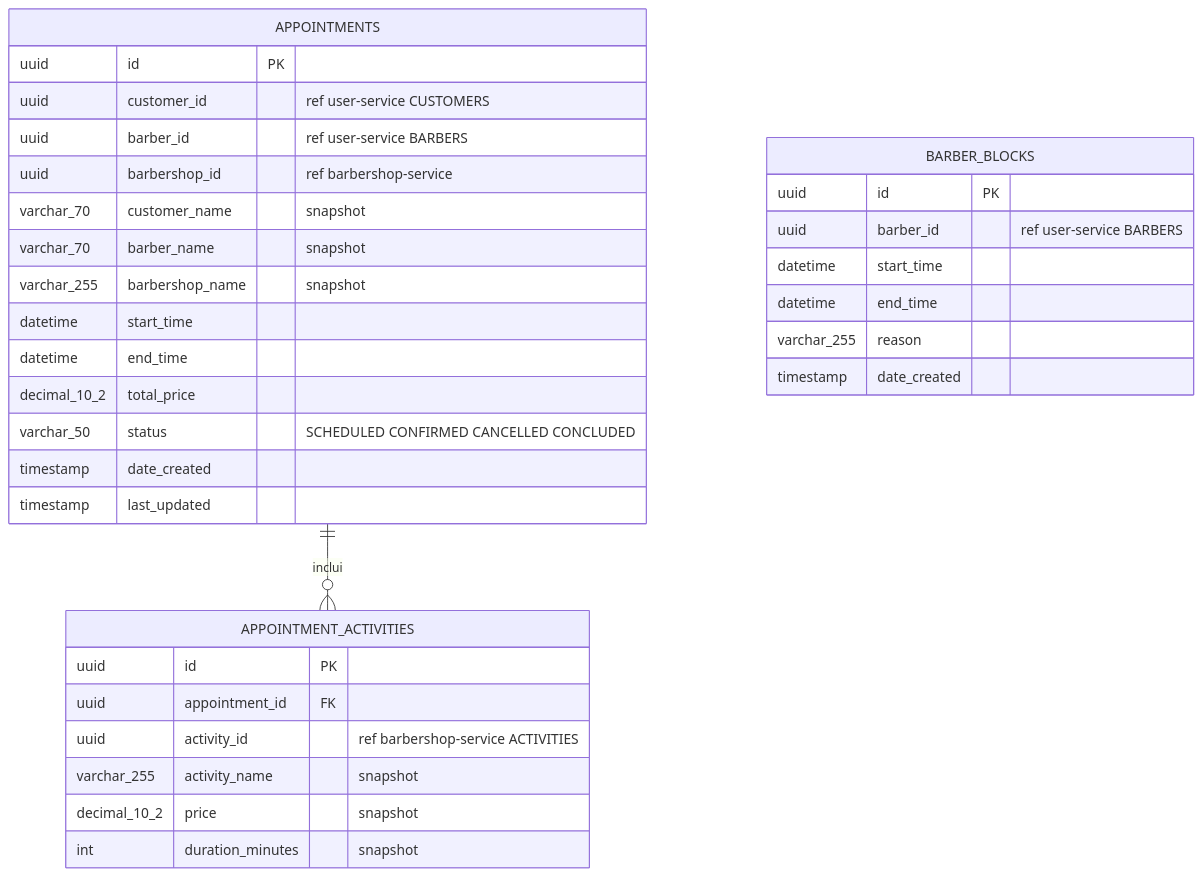
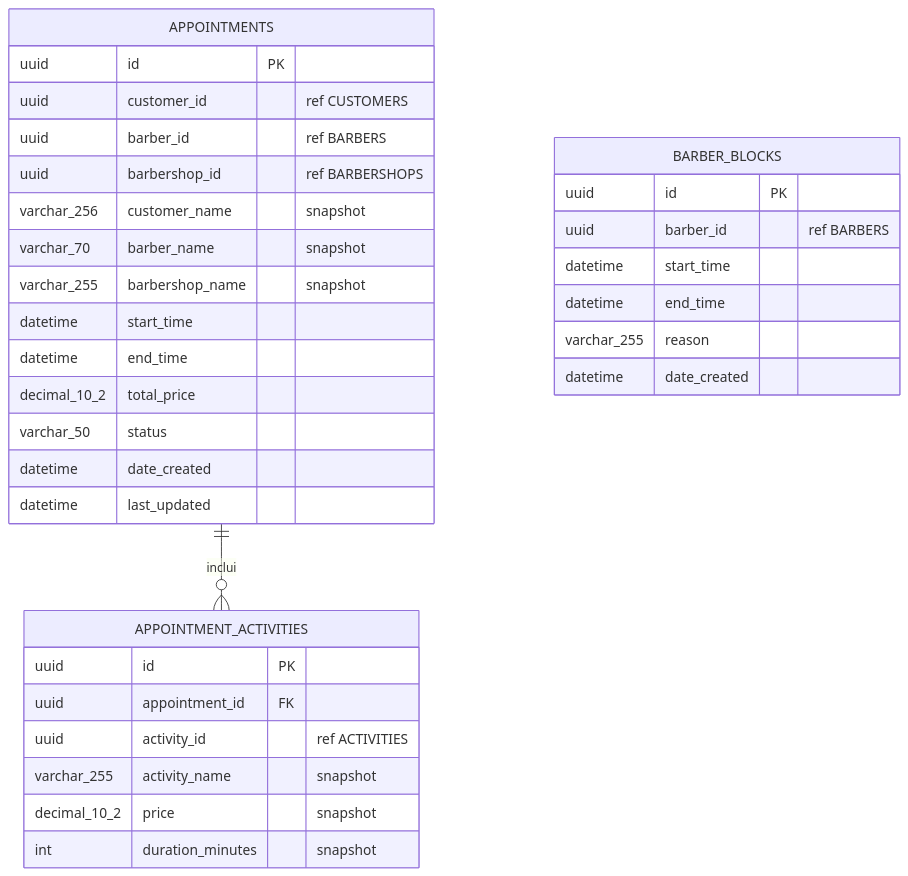
Before and after one commit to Luis-Barbershop/Arquitetura_completa: the third of 6 diagrams in documentacao/der.md, drawn with Mermaid. The commit also changed other lines of this file and 4 other files, not shown here.

````diff
--- a/documentacao/der.md
+++ b/documentacao/der.md
@@ -100,36 +183,38 @@
 ```mermaid
 erDiagram
     APPOINTMENTS {
         uuid id PK
-        uuid customer_id "ref user-service CUSTOMERS"
-        uuid barber_id "ref user-service BARBERS"
-        uuid barbershop_id "ref barbershop-service"
-        varchar_70 customer_name "snapshot"
+        uuid customer_id "ref CUSTOMERS"
+        uuid barber_id "ref BARBERS"
+        uuid barbershop_id "ref BARBERSHOPS"
+        varchar_256 customer_name "snapshot"
         varchar_70 barber_name "snapshot"
         varchar_255 barbershop_name "snapshot"
         datetime start_time
         datetime end_time
         decimal_10_2 total_price
-        varchar_50 status "SCHEDULED CONFIRMED CANCELLED CONCLUDED"
-        timestamp date_created
-        timestamp last_updated
+        varchar_50 status
+        datetime date_created
+        datetime last_updated
     }
+
     APPOINTMENT_ACTIVITIES {
         uuid id PK
         uuid appointment_id FK
-        uuid activity_id "ref barbershop-service ACTIVITIES"
+        uuid activity_id "ref ACTIVITIES"
         varchar_255 activity_name "snapshot"
         decimal_10_2 price "snapshot"
         int duration_minutes "snapshot"
     }
+
     BARBER_BLOCKS {
         uuid id PK
-        uuid barber_id "ref user-service BARBERS"
+        uuid barber_id "ref BARBERS"
         datetime start_time
         datetime end_time
         varchar_255 reason
-        timestamp date_created
+        datetime date_created
     }
 
     APPOINTMENTS ||--o{ APPOINTMENT_ACTIVITIES : "inclui"
 ```
````
